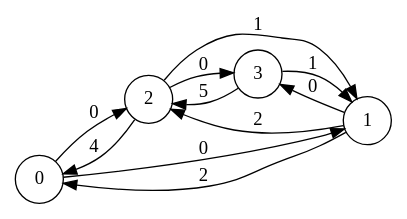
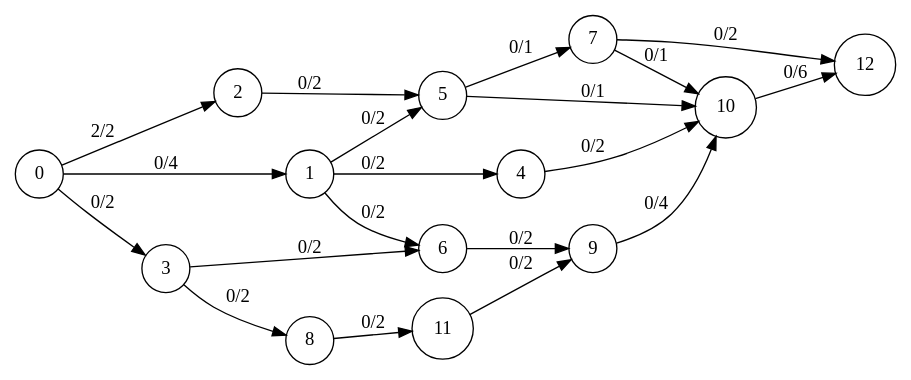
The diagram in ocaml-maxflow-project-master/graphs/res.gv (marietousarr/projetocaml), drawn with Graphviz before and after one commit. The commit also changed 11 other files, not shown here.

```diff
--- a/ocaml-maxflow-project-master/graphs/res.gv
+++ b/ocaml-maxflow-project-master/graphs/res.gv
@@ -1,15 +1,24 @@
 digraph gr {
 	rankdir = LR; 
-	size="8,5"
+	size="18"
 	node[shape =circle];
-	0 -> 2 [label = "0"];
-	0 -> 1 [label = "0"];
-	1 -> 3 [label = "0"];
-	1 -> 0 [label = "2"];
-	1 -> 2 [label = "2"];
-	2 -> 0 [label = "4"];
-	2 -> 1 [label = "1"];
-	2 -> 3 [label = "0"];
-	3 -> 1 [label = "1"];
-	3 -> 2 [label = "5"];
+	0 -> 3 [label = "0/2"];
+	0 -> 2 [label = "2/2"];
+	0 -> 1 [label = "0/4"];
+	1 -> 4 [label = "0/2"];
+	1 -> 6 [label = "0/2"];
+	1 -> 5 [label = "0/2"];
+	4 -> 10 [label = "0/2"];
+	2 -> 5 [label = "0/2"];
+	10 -> 12 [label = "0/6"];
+	3 -> 6 [label = "0/2"];
+	3 -> 8 [label = "0/2"];
+	6 -> 9 [label = "0/2"];
+	8 -> 11 [label = "0/2"];
+	11 -> 9 [label = "0/2"];
+	9 -> 10 [label = "0/4"];
+	5 -> 10 [label = "0/1"];
+	5 -> 7 [label = "0/1"];
+	7 -> 12 [label = "0/2"];
+	7 -> 10 [label = "0/1"];
 }
```
